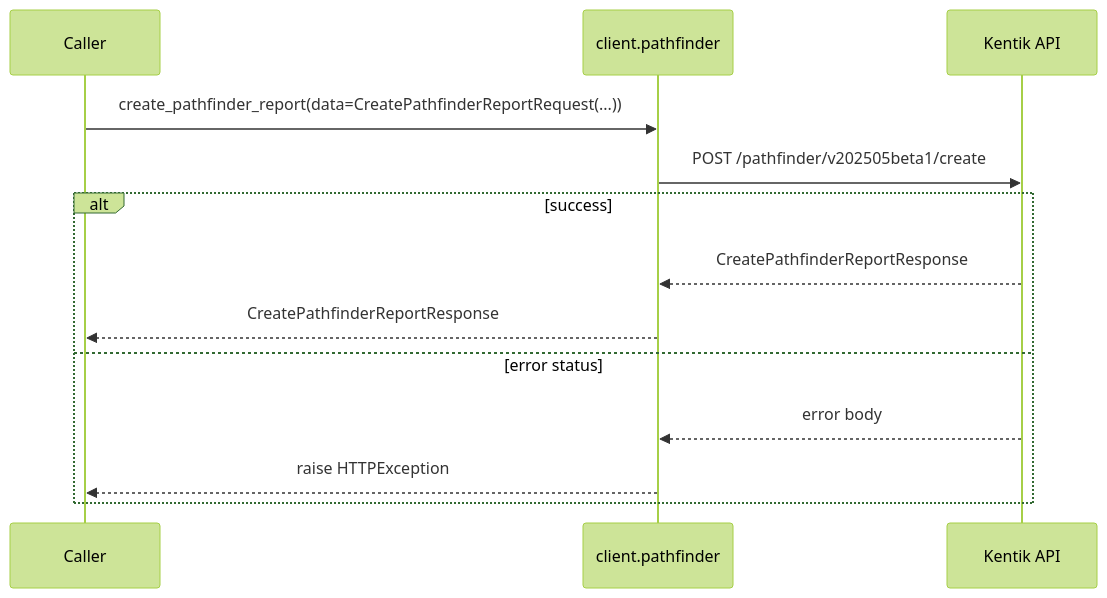
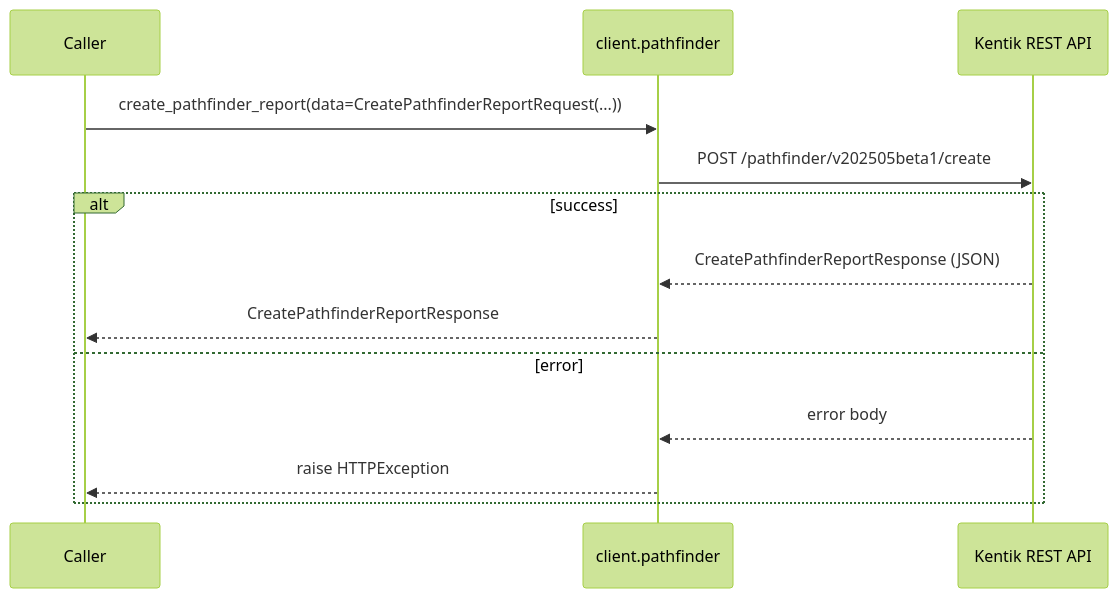
The second of 4 diagrams in docs/sphinx/services/pathfinder.md (alexdearaujo/community_sdk_python), drawn with Mermaid (forest theme) before and after one commit. The commit also changed other lines of this file and 61 other files, not shown here.

````diff
--- a/docs/sphinx/services/pathfinder.md
+++ b/docs/sphinx/services/pathfinder.md
@@ -33,16 +35,16 @@
 ```mermaid
 sequenceDiagram
     participant C as Caller
     participant W as client.pathfinder
-    participant API as Kentik API
+    participant API as Kentik REST API
 
     C->>W: create_pathfinder_report(data=CreatePathfinderReportRequest(...))
     W->>API: POST /pathfinder/v202505beta1/create
     alt success
-        API-->>W: CreatePathfinderReportResponse
+        API-->>W: CreatePathfinderReportResponse (JSON)
         W-->>C: CreatePathfinderReportResponse
-    else error status
+    else error
         API-->>W: error body
         W-->>C: raise HTTPException
     end
 ```
````
